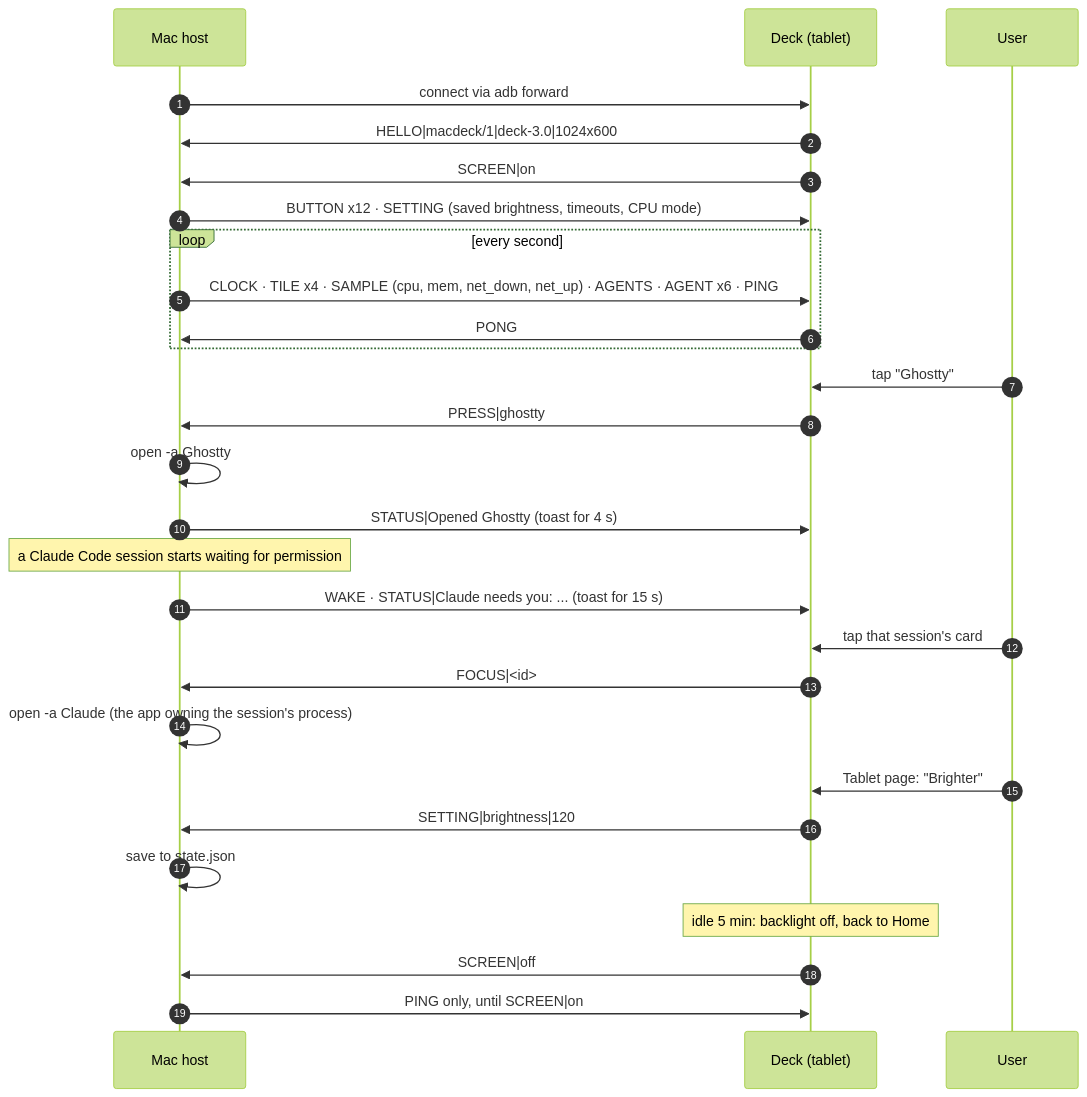
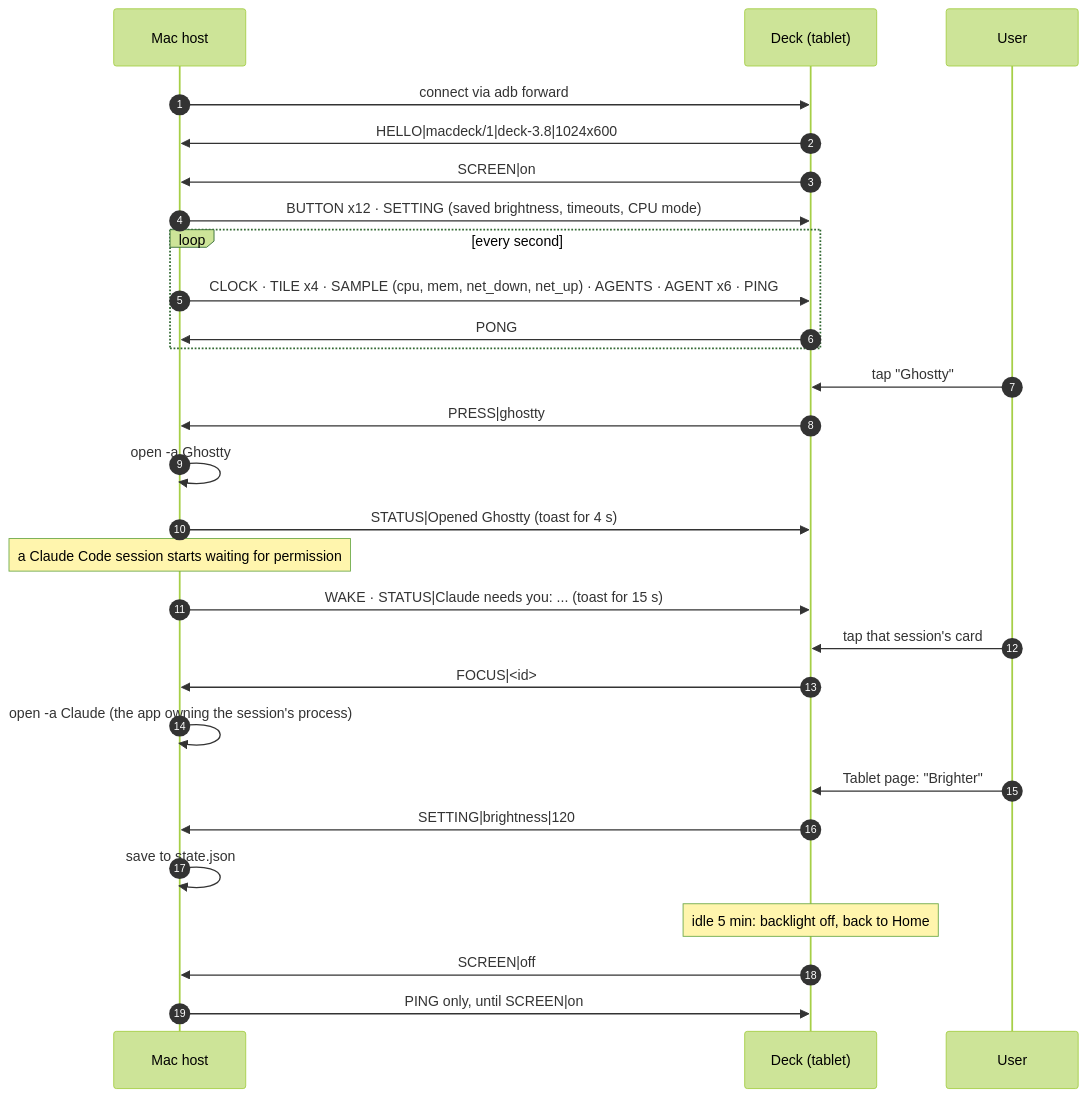
The third of 6 diagrams in README.md (KhaledSaeed18/macdeck), drawn with Mermaid (forest theme) before and after one commit. The commit also changed other lines of this file, not shown here.

Commit message:
docs(readme): roadmap, module diagram, layout and examples match v3.8

````diff
--- a/README.md
+++ b/README.md
@@ -92,31 +92,31 @@
 ```mermaid
 sequenceDiagram
     autonumber
     participant H as Mac host
     participant D as Deck (tablet)
     participant U as User
 
     H->>D: connect via adb forward
-    D->>H: HELLO|macdeck/1|deck-3.0|1024x600
+    D->>H: HELLO|macdeck/1|deck-3.8|1024x600
     D->>H: SCREEN|on
     H->>D: BUTTON x12 · SETTING (saved brightness, timeouts, CPU mode)
     loop every second
         H->>D: CLOCK · TILE x4 · SAMPLE (cpu, mem, net_down, net_up) · AGENTS · AGENT x6 · PING
         D->>H: PONG
     end
     U->>D: tap "Ghostty"
     D->>H: PRESS|ghostty
     H->>H: open -a Ghostty
     H->>D: STATUS|Opened Ghostty (toast for 4 s)
     Note over H: a Claude Code session starts waiting for permission
     H->>D: WAKE · STATUS|Claude needs you: ... (toast for 15 s)
     U->>D: tap that session's card
     D->>H: FOCUS|<id>
     H->>H: open -a Claude (the app owning the session's process)
     U->>D: Tablet page: "Brighter"
     D->>H: SETTING|brightness|120
     H->>H: save to state.json
     Note over D: idle 5 min: backlight off, back to Home
     D->>H: SCREEN|off
     H->>D: PING only, until SCREEN|on
 ```
````
